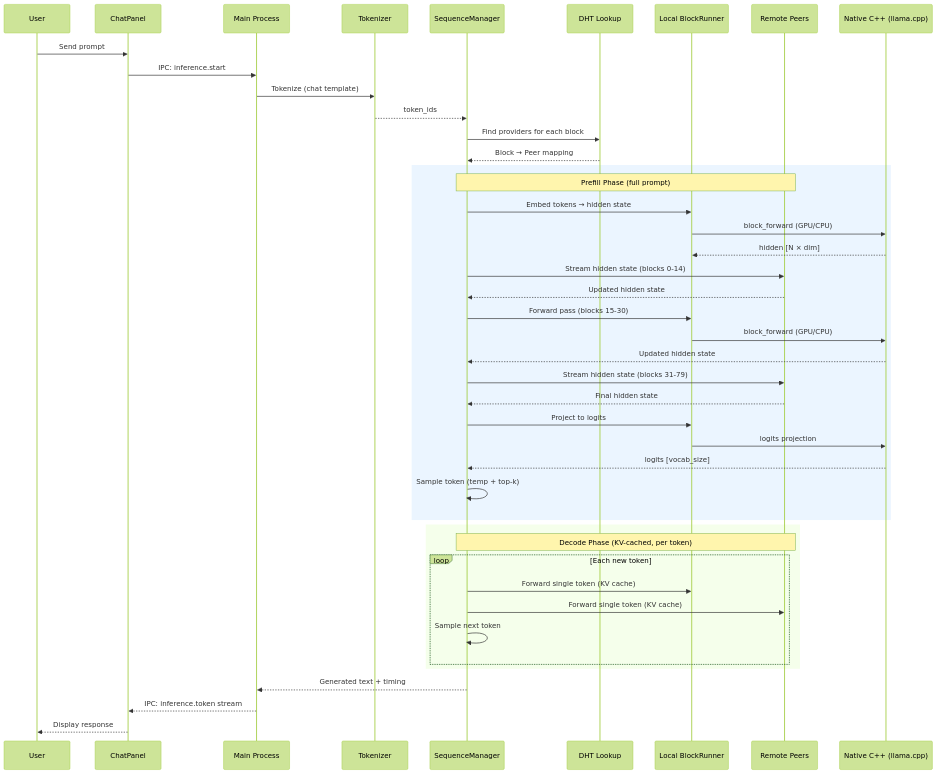
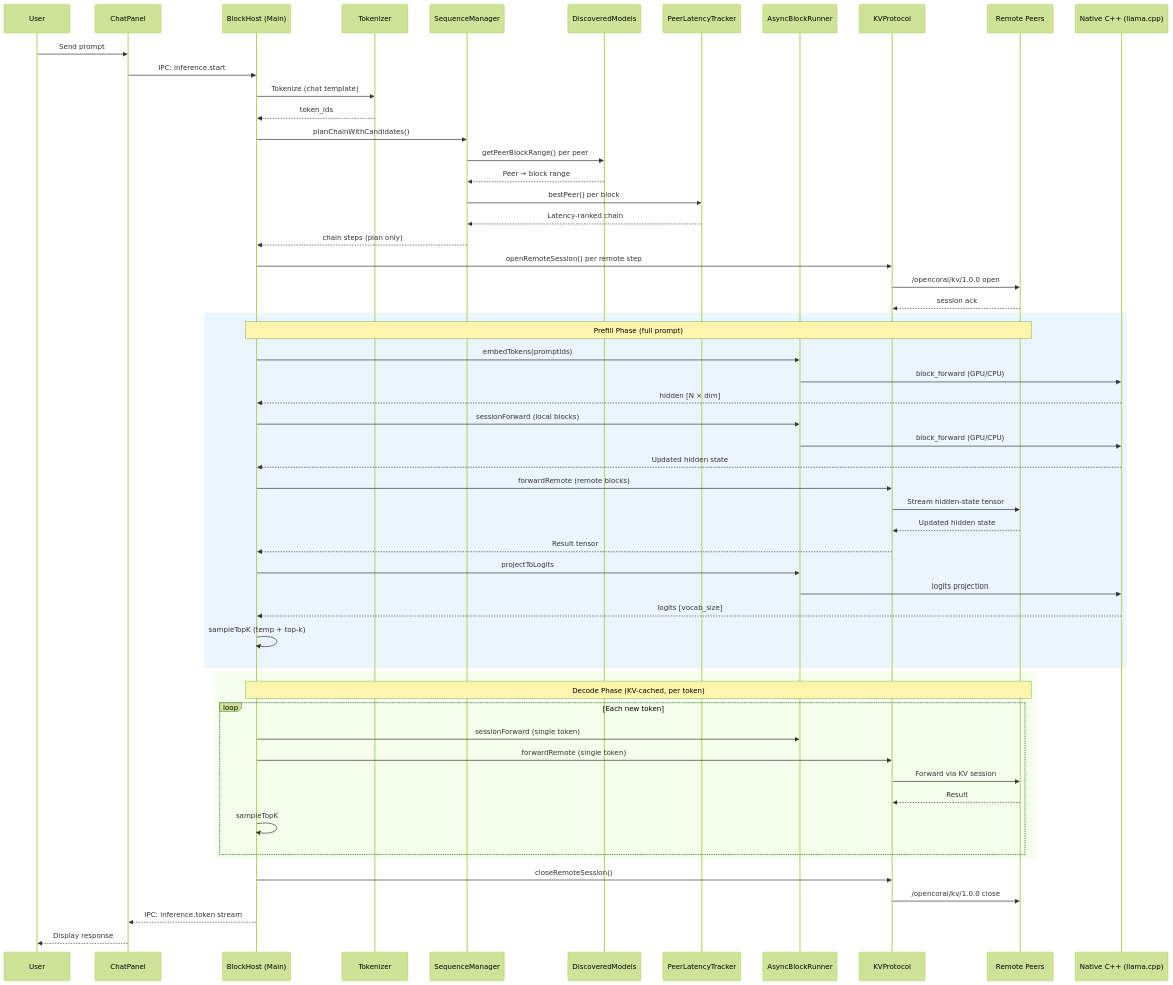
The second of 2 diagrams in README.md (dani-sandu/open-coral), drawn with Mermaid (forest theme) before and after one commit. The commit also changed other lines of this file, not shown here.

Commit message:
chore: Updated diagrams

````diff
--- a/README.md
+++ b/README.md
@@ -98,51 +108,64 @@
 ```mermaid
 sequenceDiagram
     participant User
     participant Chat as ChatPanel
-    participant Main as Main Process
+    participant BH as BlockHost (Main)
     participant Tok as Tokenizer
     participant SM as SequenceManager
-    participant DHT as DHT Lookup
-    participant Local as Local BlockRunner
+    participant DM as DiscoveredModels
+    participant PL as PeerLatencyTracker
+    participant Local as AsyncBlockRunner
+    participant KV as KVProtocol
     participant Remote as Remote Peers
     participant Native as Native C++ (llama.cpp)
 
     User->>Chat: Send prompt
-    Chat->>Main: IPC: inference.start
-    Main->>Tok: Tokenize (chat template)
-    Tok-->>SM: token_ids
+    Chat->>BH: IPC: inference.start
+    BH->>Tok: Tokenize (chat template)
+    Tok-->>BH: token_ids
 
-    SM->>DHT: Find providers for each block
-    DHT-->>SM: Block → Peer mapping
+    BH->>SM: planChainWithCandidates()
+    SM->>DM: getPeerBlockRange() per peer
+    DM-->>SM: Peer → block range
+    SM->>PL: bestPeer() per block
+    PL-->>SM: Latency-ranked chain
+    SM-->>BH: chain steps (plan only)
+
+    BH->>KV: openRemoteSession() per remote step
+    KV->>Remote: /opencoral/kv/1.0.0 open
+    Remote-->>KV: session ack
 
     rect rgb(235, 245, 255)
-        Note over SM,Remote: Prefill Phase (full prompt)
-        SM->>Local: Embed tokens → hidden state
+        Note over BH,Remote: Prefill Phase (full prompt)
+        BH->>Local: embedTokens(promptIds)
         Local->>Native: block_forward (GPU/CPU)
-        Native-->>Local: hidden [N × dim]
-        SM->>Remote: Stream hidden state (blocks 0-14)
-        Remote-->>SM: Updated hidden state
-        SM->>Local: Forward pass (blocks 15-30)
+        Native-->>BH: hidden [N × dim]
+        BH->>Local: sessionForward (local blocks)
         Local->>Native: block_forward (GPU/CPU)
-        Native-->>SM: Updated hidden state
-        SM->>Remote: Stream hidden state (blocks 31-79)
-        Remote-->>SM: Final hidden state
-        SM->>Local: Project to logits
+        Native-->>BH: Updated hidden state
+        BH->>KV: forwardRemote (remote blocks)
+        KV->>Remote: Stream hidden-state tensor
+        Remote-->>KV: Updated hidden state
+        KV-->>BH: Result tensor
+        BH->>Local: projectToLogits
         Local->>Native: logits projection
-        Native-->>SM: logits [vocab_size]
-        SM->>SM: Sample token (temp + top-k)
+        Native-->>BH: logits [vocab_size]
+        BH->>BH: sampleTopK (temp + top-k)
     end
 
     rect rgb(245, 255, 235)
-        Note over SM,Remote: Decode Phase (KV-cached, per token)
+        Note over BH,Remote: Decode Phase (KV-cached, per token)
         loop Each new token
-            SM->>Local: Forward single token (KV cache)
-            SM->>Remote: Forward single token (KV cache)
-            SM->>SM: Sample next token
+            BH->>Local: sessionForward (single token)
+            BH->>KV: forwardRemote (single token)
+            KV->>Remote: Forward via KV session
+            Remote-->>KV: Result
+            BH->>BH: sampleTopK
         end
     end
 
-    SM-->>Main: Generated text + timing
-    Main-->>Chat: IPC: inference.token stream
+    BH->>KV: closeRemoteSession()
+    KV->>Remote: /opencoral/kv/1.0.0 close
+    BH-->>Chat: IPC: inference.token stream
     Chat-->>User: Display response
 ```
````
